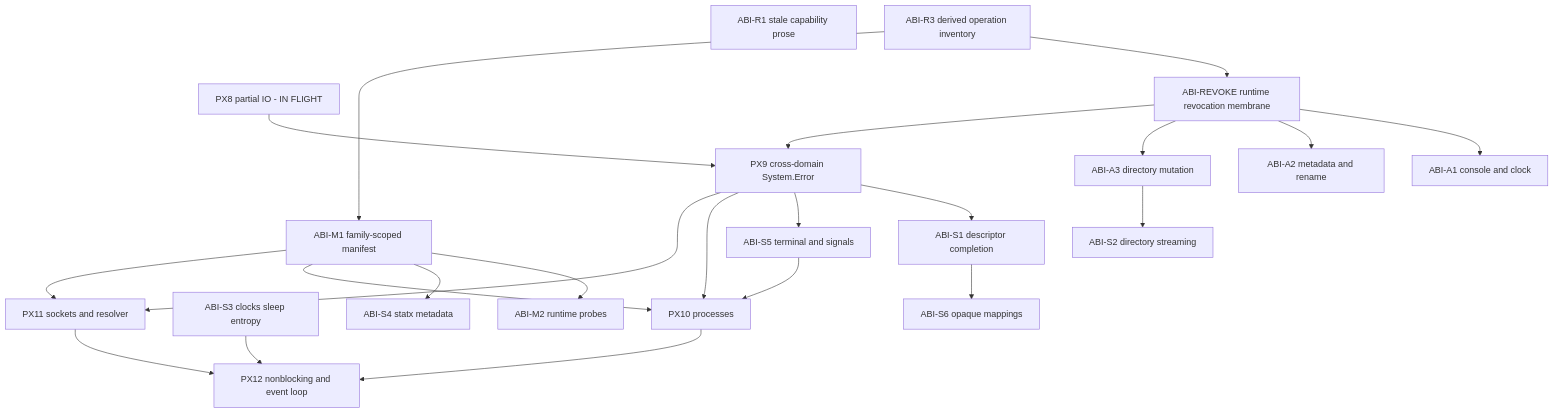
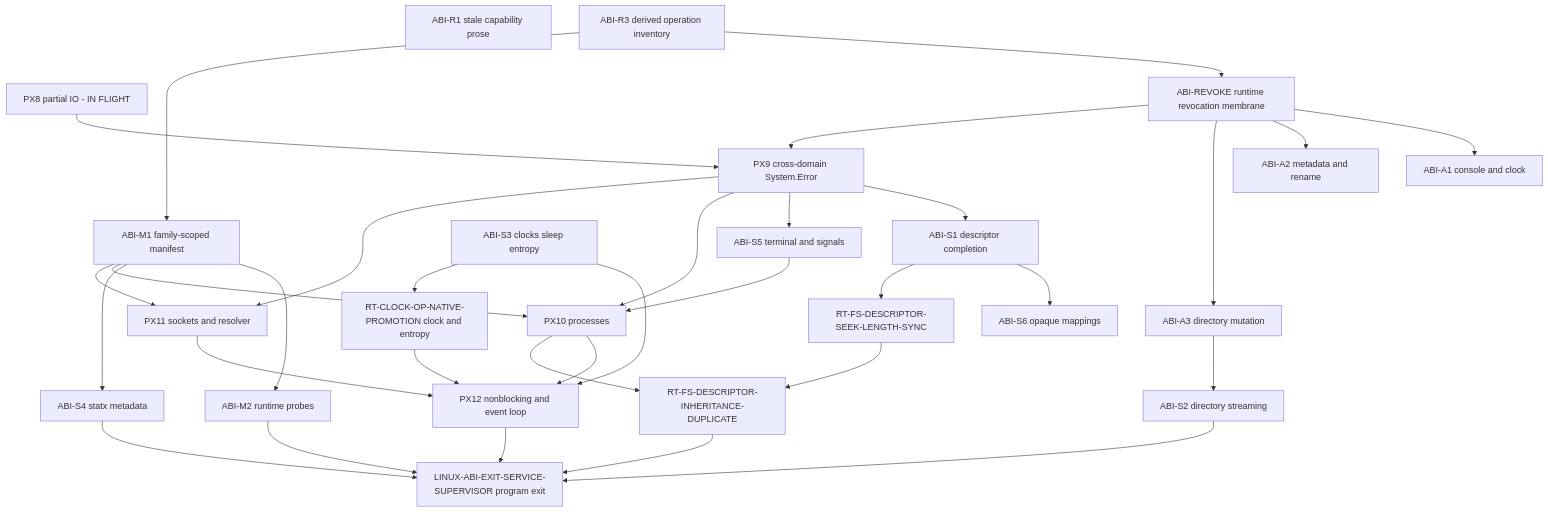
Before and after one commit to swe-toolkit/ken: the diagram in docs/program/10-linux-abi-completion.md, drawn with Mermaid. The commit also changed other lines of this file and 10 other files, not shown here.

First line of the commit message:
DOC-BUNDLE-498: frame the Linux ABI promotion gaps and the program exit node

````diff
--- a/docs/program/10-linux-abi-completion.md
+++ b/docs/program/10-linux-abi-completion.md
@@ -202,44 +213,58 @@
 ```mermaid
 flowchart TD
     ABI_R1[ABI-R1 stale capability prose]
     ABI_R3[ABI-R3 derived operation inventory]
     ABI_A1[ABI-A1 console and clock]
     ABI_A2[ABI-A2 metadata and rename]
     ABI_A3[ABI-A3 directory mutation]
     ABI_M1[ABI-M1 family-scoped manifest]
     ABI_M2[ABI-M2 runtime probes]
     PX8[PX8 partial IO - IN FLIGHT]
     PX9[PX9 cross-domain System.Error]
     ABI_S1[ABI-S1 descriptor completion]
     ABI_S2[ABI-S2 directory streaming]
     ABI_S3[ABI-S3 clocks sleep entropy]
     ABI_S4[ABI-S4 statx metadata]
     ABI_S5[ABI-S5 terminal and signals]
     ABI_S6[ABI-S6 opaque mappings]
     PX10[PX10 processes]
     PX11[PX11 sockets and resolver]
     PX12[PX12 nonblocking and event loop]
     ABI_REVOKE[ABI-REVOKE runtime revocation membrane]
+    CLOCK_PROMO[RT-CLOCK-OP-NATIVE-PROMOTION clock and entropy]
+    DESC_SLS[RT-FS-DESCRIPTOR-SEEK-LENGTH-SYNC]
+    DESC_INH[RT-FS-DESCRIPTOR-INHERITANCE-DUPLICATE]
+    EXIT[LINUX-ABI-EXIT-SERVICE-SUPERVISOR program exit]
 
     ABI_R3 --> ABI_REVOKE
     ABI_REVOKE --> ABI_A1
     ABI_REVOKE --> ABI_A2
     ABI_REVOKE --> ABI_A3
     ABI_REVOKE --> PX9
     ABI_R3 --> ABI_M1
     ABI_M1 --> ABI_M2
     PX8 --> PX9
     PX9 --> ABI_S1
     ABI_A3 --> ABI_S2
     PX9 --> ABI_S5
     ABI_M1 --> ABI_S4
     ABI_S1 --> ABI_S6
     PX9 --> PX10
     ABI_M1 --> PX10
     ABI_S5 --> PX10
     PX9 --> PX11
     ABI_M1 --> PX11
     PX10 --> PX12
     PX11 --> PX12
     ABI_S3 --> PX12
+    ABI_S3 --> CLOCK_PROMO
+    CLOCK_PROMO --> PX12
+    ABI_S1 --> DESC_SLS
+    DESC_SLS --> DESC_INH
+    PX10 --> DESC_INH
+    PX12 --> EXIT
+    DESC_INH --> EXIT
+    ABI_M2 --> EXIT
+    ABI_S2 --> EXIT
+    ABI_S4 --> EXIT
 ```
````
